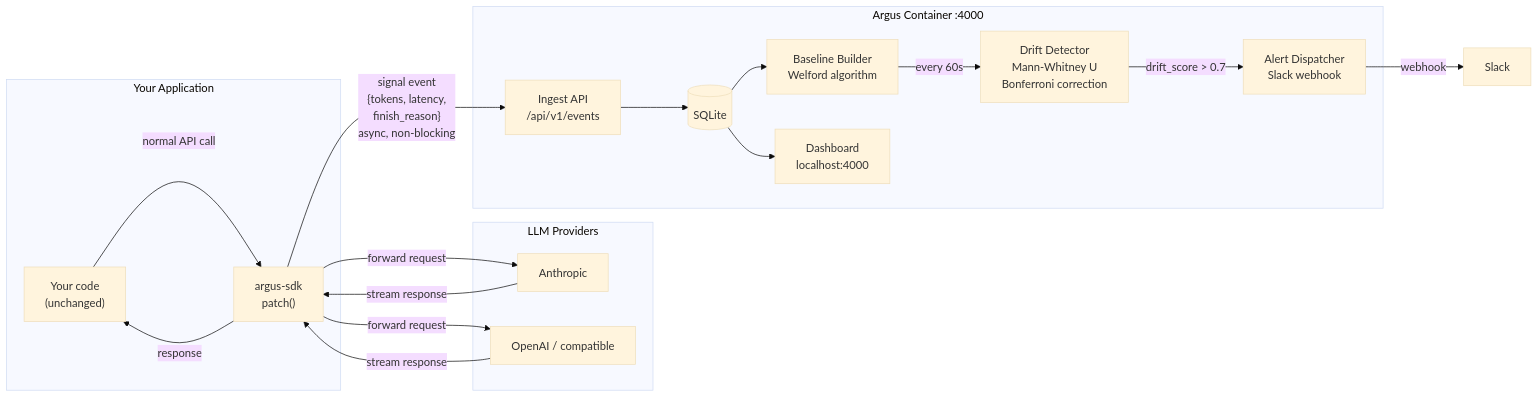
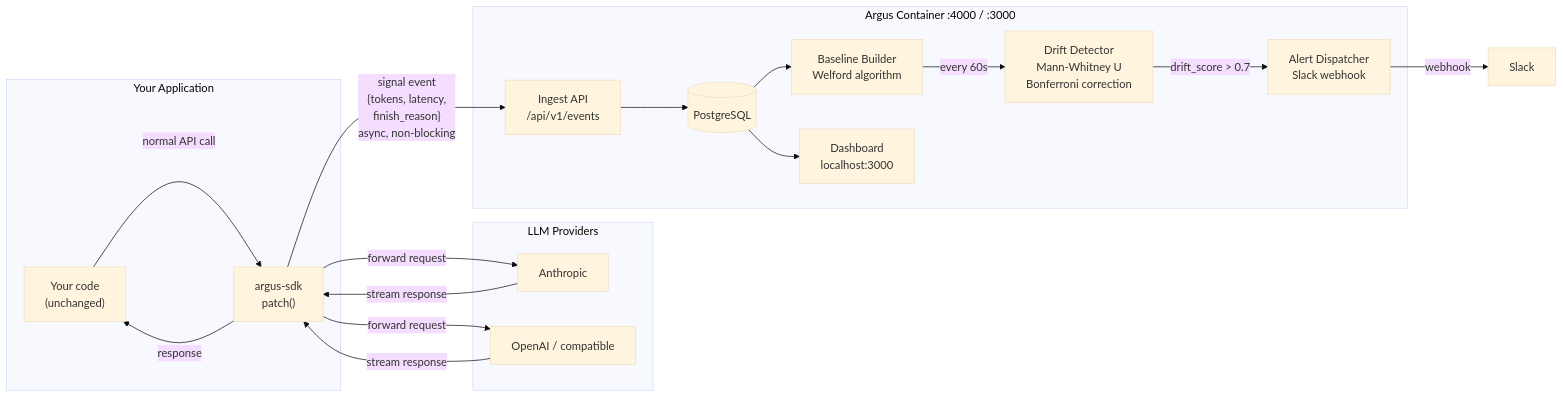
Before and after one commit to whozpj/argus: the diagram in README.md, drawn with Mermaid (base theme). The commit also changed other lines of this file, not shown here.

````diff
--- a/README.md
+++ b/README.md
@@ -68,38 +68,38 @@
 ```mermaid
 flowchart LR
     subgraph YOUR_APP["Your Application"]
         CODE["Your code\n(unchanged)"]
         SDK["argus-sdk\npatch()"]
     end
 
     subgraph PROVIDERS["LLM Providers"]
         ANTHROPIC["Anthropic"]
         OPENAI["OpenAI / compatible"]
     end
 
-    subgraph ARGUS["Argus Container  :4000"]
+    subgraph ARGUS["Argus Container  :4000 / :3000"]
         INGEST["Ingest API\n/api/v1/events"]
         BASELINE["Baseline Builder\nWelford algorithm"]
         DETECTOR["Drift Detector\nMann-Whitney U\nBonferroni correction"]
         ALERTS["Alert Dispatcher\nSlack webhook"]
-        DB[("SQLite")]
-        UI["Dashboard\nlocalhost:4000"]
+        DB[("PostgreSQL")]
+        UI["Dashboard\nlocalhost:3000"]
     end
 
     EXTERNAL["Slack"]
 
     CODE -->|"normal API call"| SDK
     SDK -->|"forward request"| ANTHROPIC
     SDK -->|"forward request"| OPENAI
     ANTHROPIC -->|"stream response"| SDK
     OPENAI -->|"stream response"| SDK
     SDK -->|"response"| CODE
     SDK -->|"signal event\n{tokens, latency,\nfinish_reason}\nasync, non-blocking"| INGEST
 
     INGEST --> DB
     DB --> BASELINE
     BASELINE -->|"every 60s"| DETECTOR
     DETECTOR -->|"drift_score > 0.7"| ALERTS
     ALERTS -->|"webhook"| EXTERNAL
     DB --> UI
 ```
````
